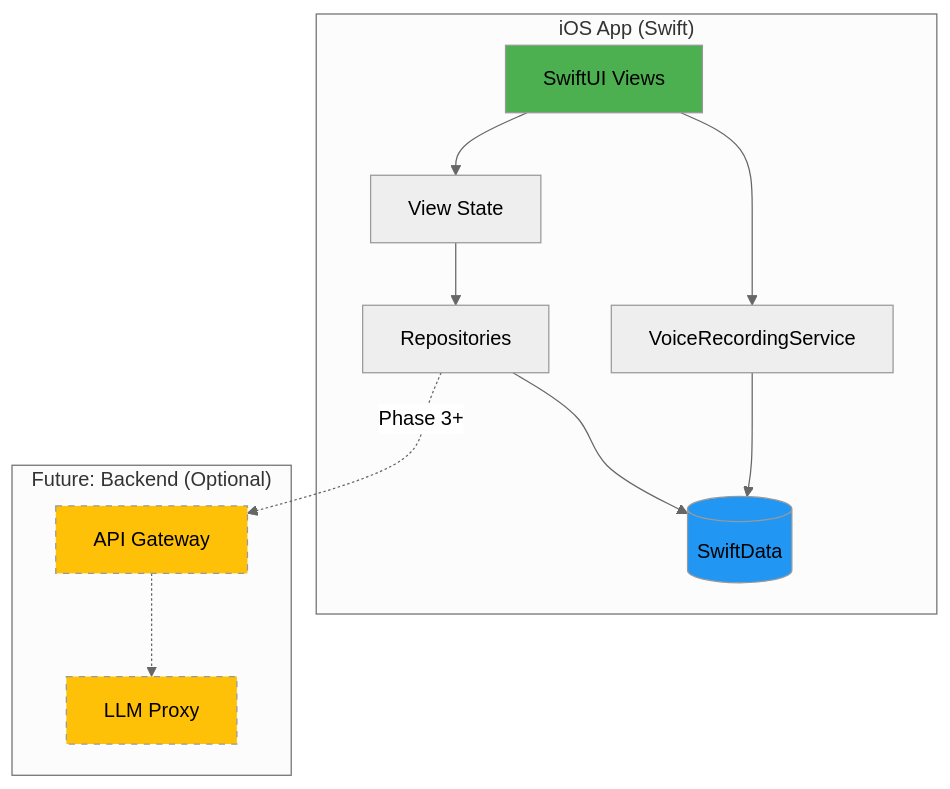
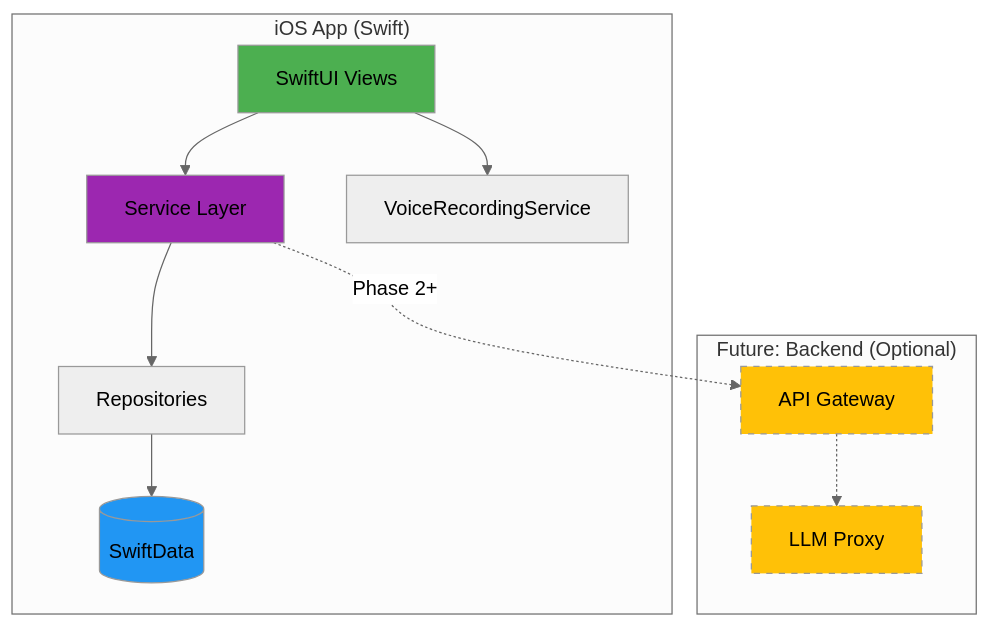
The first of 4 diagrams in README.md (Will-Conklin/offload), drawn with Mermaid (neutral theme) before and after one commit. The commit also changed other lines of this file and 4 other files, not shown here.

````diff
--- a/README.md
+++ b/README.md
@@ -70,29 +72,29 @@
 ```mermaid
 graph TB
     subgraph "iOS App (Swift)"
         UI[SwiftUI Views]
-        VM[View State]
+        SVC[Service Layer]
         REPO[Repositories]
         DB[(SwiftData)]
         VOICE[VoiceRecordingService]
 
-        UI --> VM
-        VM --> REPO
+        UI --> SVC
+        SVC --> REPO
         REPO --> DB
         UI --> VOICE
-        VOICE --> DB
     end
 
     subgraph "Future: Backend (Optional)"
         API[API Gateway]
         LLM[LLM Proxy]
 
-        REPO -.->|Phase 3+| API
+        SVC -.->|Phase 2+| API
         API -.-> LLM
     end
 
     style UI fill:#4CAF50
+    style SVC fill:#9C27B0
     style DB fill:#2196F3
     style API fill:#FFC107,stroke-dasharray: 5 5
     style LLM fill:#FFC107,stroke-dasharray: 5 5
 ```
````
